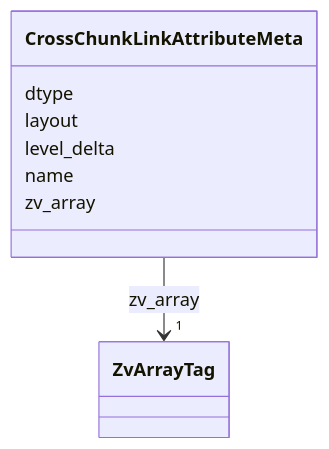
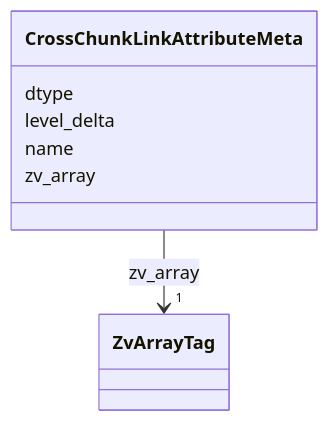
Before and after one commit to AllenInstitute/zarr-vectors-py: the fourth of 15 diagrams in schema/reference.md, drawn with Mermaid. The commit also changed other lines of this file and 32 other files, not shown here.

Commit message:
wip on cross chunk edge refactor

````diff
--- a/schema/reference.md
+++ b/schema/reference.md
@@ -875,25 +874,23 @@
 ```mermaid
  classDiagram
     class CrossChunkLinkAttributeMeta
     click CrossChunkLinkAttributeMeta href "../CrossChunkLinkAttributeMeta/"
       CrossChunkLinkAttributeMeta : dtype
-        
-      CrossChunkLinkAttributeMeta : layout
         
       CrossChunkLinkAttributeMeta : level_delta
         
       CrossChunkLinkAttributeMeta : name
         
       CrossChunkLinkAttributeMeta : zv_array
         
           
     
         
         
         CrossChunkLinkAttributeMeta --> "1" ZvArrayTag : zv_array
         click ZvArrayTag href "../ZvArrayTag/"
     
 
         
       
 ```
````
